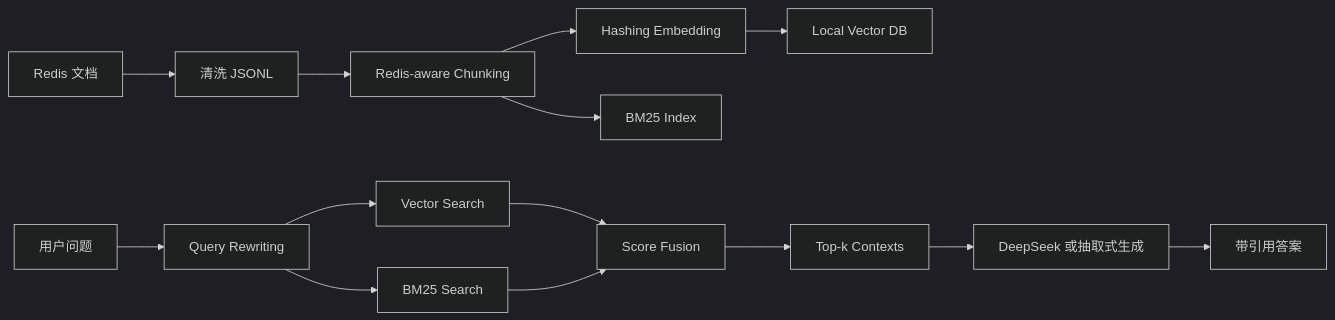
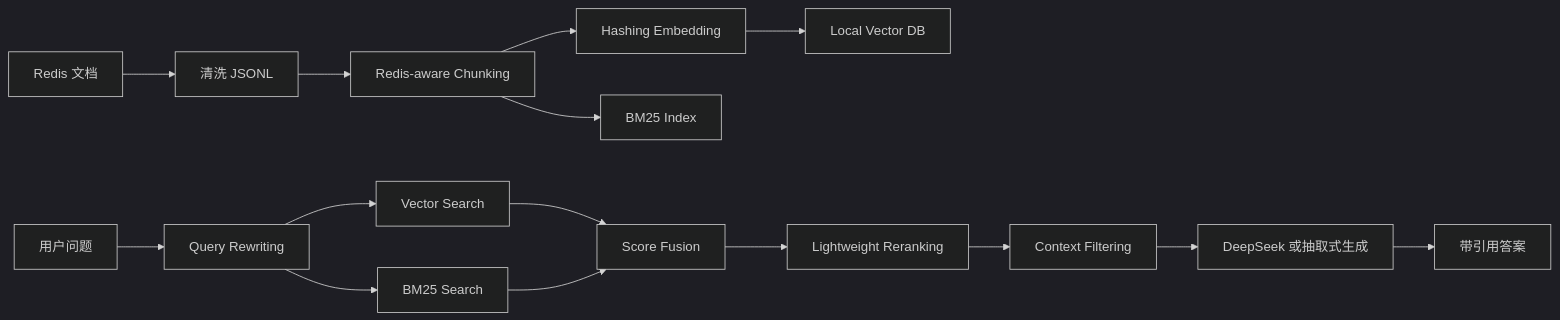
The diagram in README.md (Sun-bi/nlp), drawn with Mermaid (dark theme) before and after one commit. The commit also changed other lines of this file and 25 other files, not shown here.

````diff
--- a/README.md
+++ b/README.md
@@ -265,16 +275,17 @@
 ```mermaid
 flowchart LR
     A[Redis 文档] --> B[清洗 JSONL]
     B --> C[Redis-aware Chunking]
     C --> D[Hashing Embedding]
     C --> E[BM25 Index]
     D --> F[Local Vector DB]
     G[用户问题] --> H[Query Rewriting]
     H --> I[Vector Search]
     H --> J[BM25 Search]
     I --> K[Score Fusion]
     J --> K
-    K --> L[Top-k Contexts]
-    L --> M[DeepSeek 或抽取式生成]
-    M --> N[带引用答案]
+    K --> L[Lightweight Reranking]
+    L --> M[Context Filtering]
+    M --> N[DeepSeek 或抽取式生成]
+    N --> O[带引用答案]
 ```
````
